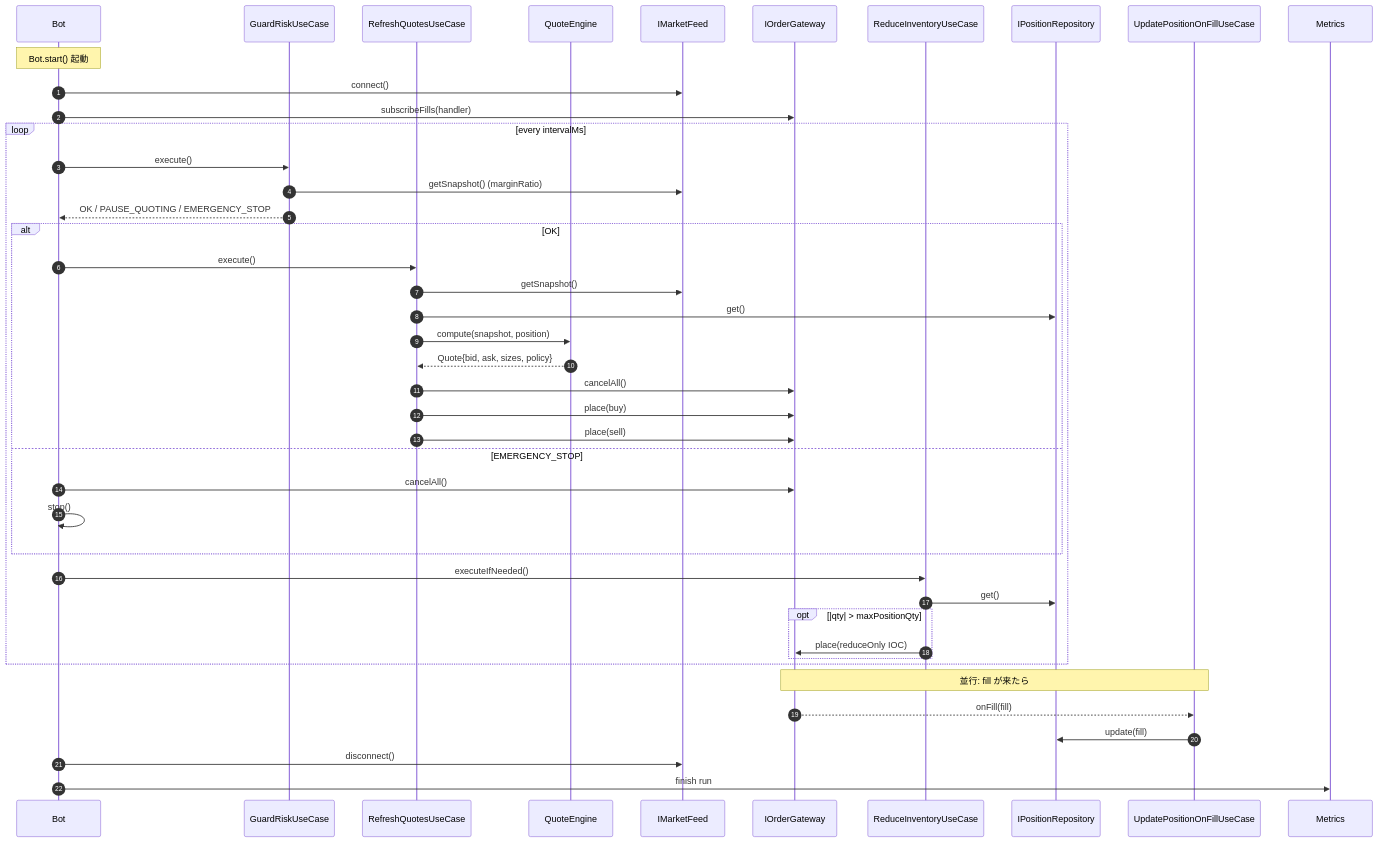
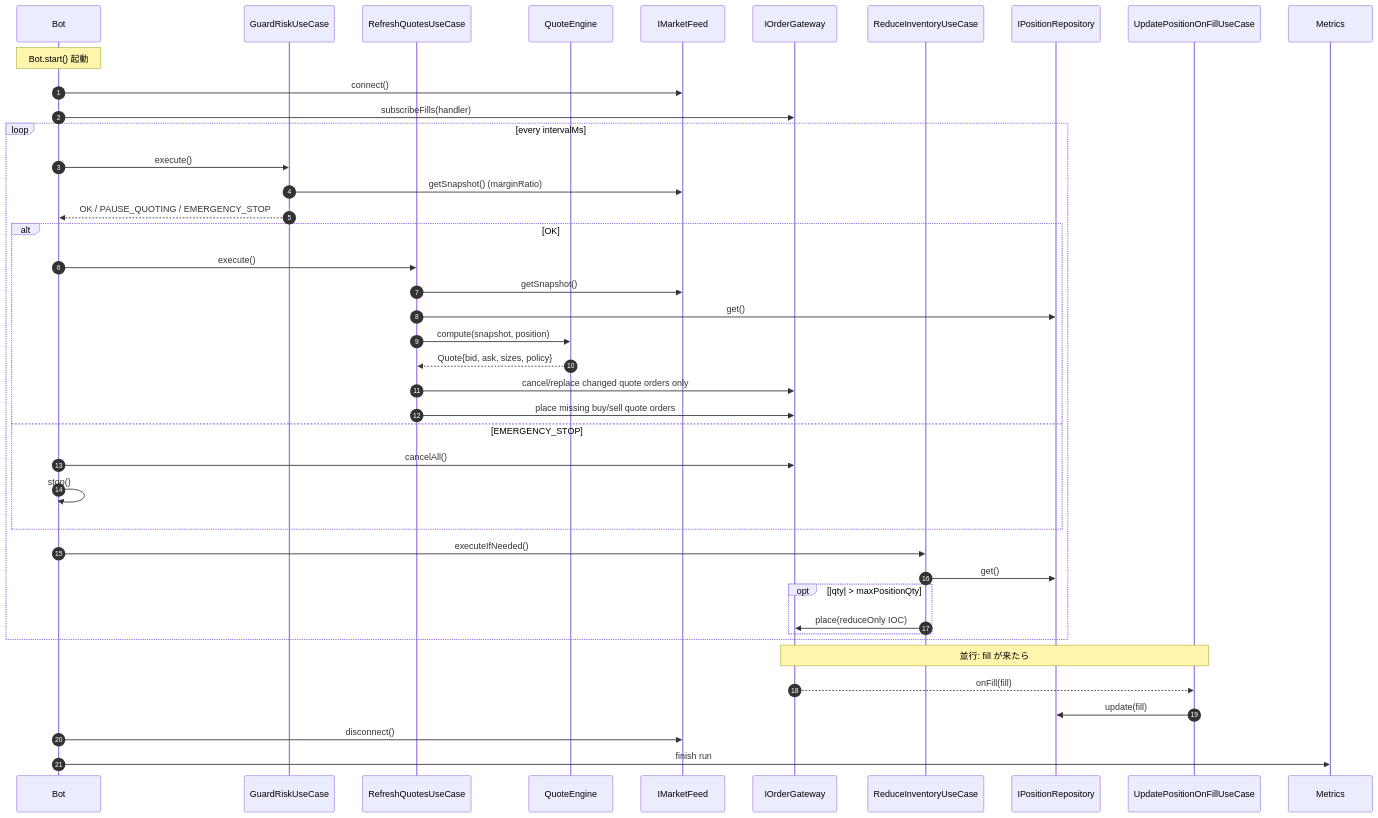
The second of 8 diagrams in docs/ARCHITECTURE.md (posaune0423/simple-mm-bot), drawn with Mermaid before and after one commit. The commit also changed other lines of this file and 58 other files, not shown here.

````diff
--- a/docs/ARCHITECTURE.md
+++ b/docs/ARCHITECTURE.md
@@ -118,50 +120,49 @@
 ```mermaid
 sequenceDiagram
     autonumber
     participant Bot
     participant Guard as GuardRiskUseCase
     participant Refresh as RefreshQuotesUseCase
     participant QE as QuoteEngine
     participant Feed as IMarketFeed
     participant GW as IOrderGateway
     participant Reduce as ReduceInventoryUseCase
     participant Pos as IPositionRepository
     participant UpdatePos as UpdatePositionOnFillUseCase
 
     Note over Bot: Bot.start() 起動
     Bot->>Feed: connect()
     Bot->>GW: subscribeFills(handler)
 
     loop every intervalMs
         Bot->>Guard: execute()
         Guard->>Feed: getSnapshot() (marginRatio)
         Guard-->>Bot: OK / PAUSE_QUOTING / EMERGENCY_STOP
 
         alt OK
             Bot->>Refresh: execute()
             Refresh->>Feed: getSnapshot()
             Refresh->>Pos: get()
             Refresh->>QE: compute(snapshot, position)
             QE-->>Refresh: Quote{bid, ask, sizes, policy}
-            Refresh->>GW: cancelAll()
-            Refresh->>GW: place(buy)
-            Refresh->>GW: place(sell)
+            Refresh->>GW: cancel/replace changed quote orders only
+            Refresh->>GW: place missing buy/sell quote orders
         else EMERGENCY_STOP
             Bot->>GW: cancelAll()
             Bot->>Bot: stop()
         end
 
         Bot->>Reduce: executeIfNeeded()
         Reduce->>Pos: get()
         opt |qty| > maxPositionQty
             Reduce->>GW: place(reduceOnly IOC)
         end
     end
 
     Note over GW,UpdatePos: 並行: fill が来たら
     GW-->>UpdatePos: onFill(fill)
     UpdatePos->>Pos: update(fill)
 
     Bot->>Feed: disconnect()
     Bot->>Metrics: finish run
 ```
````
